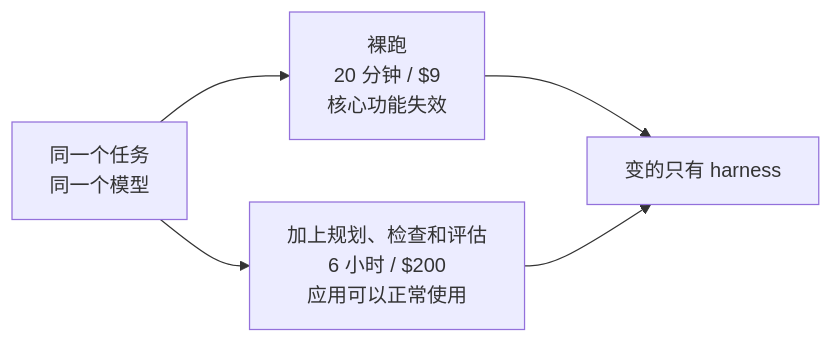
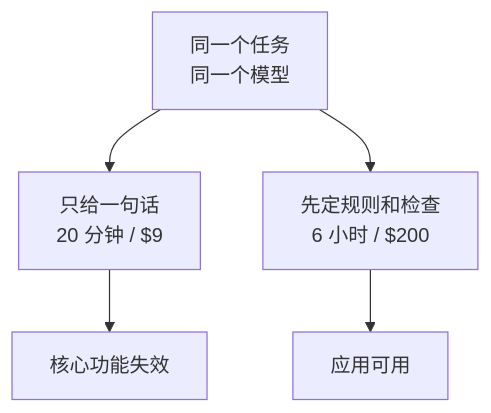
The second of 2 diagrams in docs/zh/lectures/lecture-01-why-capable-agents-still-fail/index.md (taobaibai365/learn-harness-engineering), drawn with Mermaid before and after one commit. The commit also changed other lines of this file and 4 other files, not shown here.

Commit message:
Refine README screenshots and lecture 01 diagrams

````diff
--- a/docs/zh/lectures/lecture-01-why-capable-agents-still-fail/index.md
+++ b/docs/zh/lectures/lecture-01-why-capable-agents-still-fail/index.md
@@ -35,7 +40,8 @@
 ```mermaid
-flowchart LR
-    Same["同一个任务<br/>同一个模型"] --> Bare["裸跑<br/>20 分钟 / $9<br/>核心功能失效"]
-    Same --> Full["加上规划、检查和评估<br/>6 小时 / $200<br/>应用可以正常使用"]
-    Bare --> Lesson["变的只有 harness"]
-    Full --> Lesson
+flowchart TB
+    Same["同一个任务<br/>同一个模型"]
+    Same --> Bare["只给一句话<br/>20 分钟 / $9"]
+    Same --> Full["先定规则和检查<br/>6 小时 / $200"]
+    Bare --> Bad["核心功能失效"]
+    Full --> Good["应用可用"]
 ```
````
